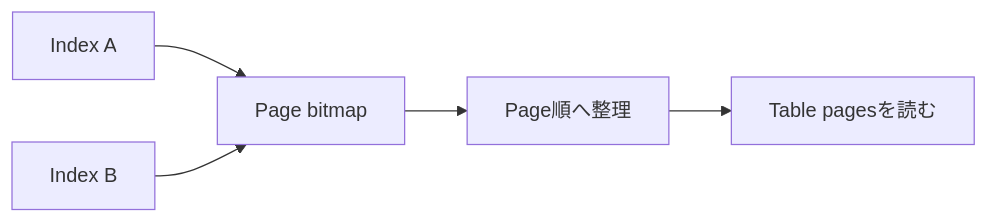
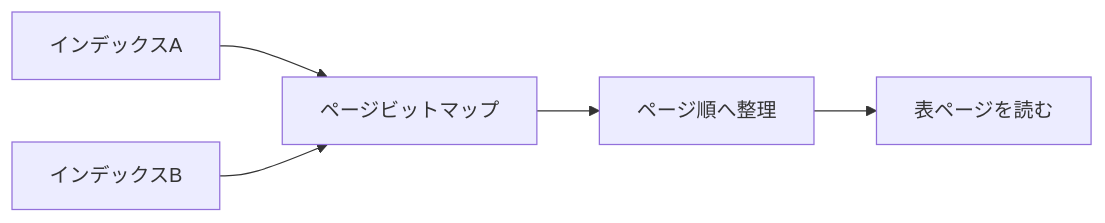
The second of 7 diagrams in src/content/docs/03-query-processing/07-physical-execution.md (hirunebot/database-systems-book), drawn with Mermaid before and after one commit. The commit also changed other lines of this file and 42 other files, not shown here.

````diff
--- a/src/content/docs/03-query-processing/07-physical-execution.md
+++ b/src/content/docs/03-query-processing/07-physical-execution.md
@@ -83,7 +83,7 @@
 ```mermaid
 flowchart LR
-    I1["Index A"] --> BM["Page bitmap"]
-    I2["Index B"] --> BM
-    BM --> Sort["Page順へ整理"]
-    Sort --> Heap["Table pagesを読む"]
+    I1["インデックスA"] --> BM["ページビットマップ"]
+    I2["インデックスB"] --> BM
+    BM --> Sort["ページ順へ整理"]
+    Sort --> Heap["表ページを読む"]
 ```
````
